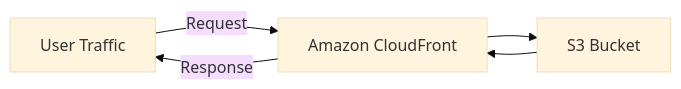
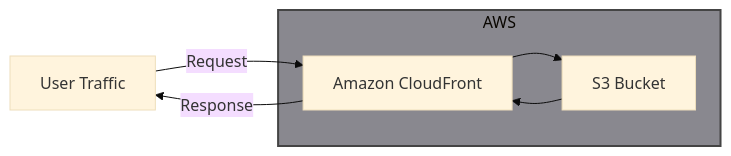
One commit to jyablonski/doqs changed the diagram in src/content/docs/services/doqs.md. Above: the diagram before and after it, drawn with Mermaid (base theme). The commit also changed other lines of this file and 11 other files, not shown here.

````diff
--- a/src/content/docs/services/doqs.md
+++ b/src/content/docs/services/doqs.md
@@ -14,8 +14,16 @@
 ``` mermaid
 graph LR
-    A[User Traffic] -->|Request| B[Amazon CloudFront]
-    B --> C[S3 Bucket ]
-    C --> B
-    B -->|Response| A
+    User[User Traffic] -->|Request| CF[Amazon CloudFront]
+    CF --> S3[S3 Bucket]
+    S3 --> CF
+    CF -->|Response| User
+
+    subgraph Infra[AWS]
+        CF
+        S3
+    end
+
+    style Infra fill:#89888f,stroke:#444444,stroke-width:2px
+
 
 ```
````
